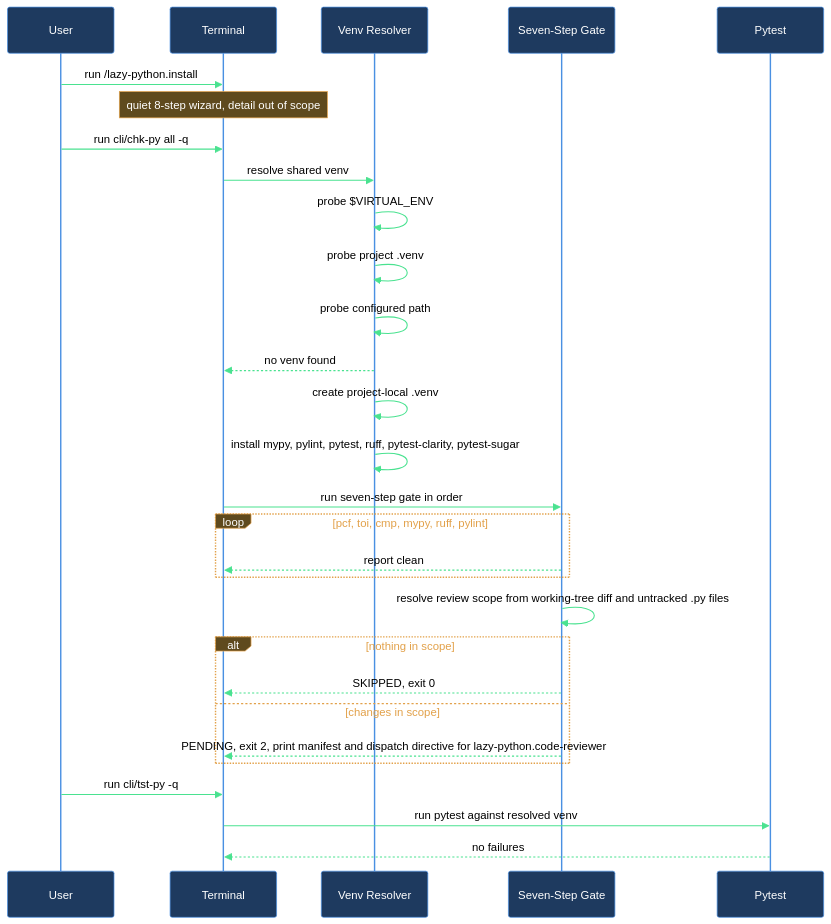
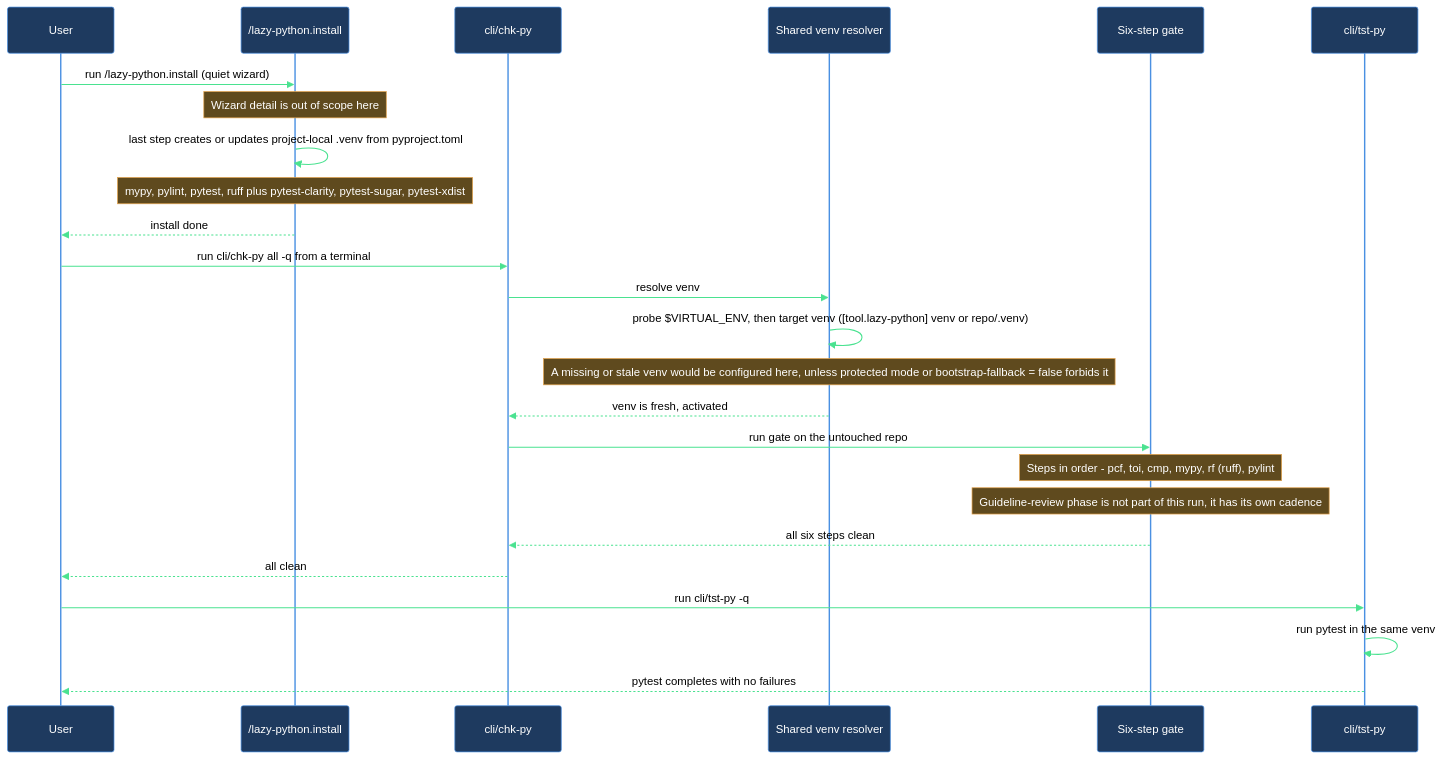
One commit to mebius-san/lazy-cortex changed the diagram in plugins/claude/lazycortex-python/help/walkthroughs/install-and-first-check.md. Above: the diagram before and after it, drawn with Mermaid. The commit also changed other lines of this file and 387 other files, not shown here.

Commit message:
release: lazycortex-core 12.1.0, lazycortex-diagram 2.1.2, lazycortex-experts 3.0.0, lazycortex-observe 2.2.8, lazycortex-obsidian 7.0.3, lazycortex-python 5.0.0, lazycortex-review 6.17.0, lazycortex-specs 16.0.0, lazycortex-wiki 5.0.0

````diff
--- a/plugins/claude/lazycortex-python/help/walkthroughs/install-and-first-check.md
+++ b/plugins/claude/lazycortex-python/help/walkthroughs/install-and-first-check.md
@@ -85,33 +85,31 @@
 ```mermaid
 %%{init: {'themeVariables':{'background':'transparent','primaryColor':'#1e3a5f','primaryBorderColor':'#4a90e2','primaryTextColor':'#fff','lineColor':'#4ae290','actorBkg':'#1e3a5f','actorBorder':'#4a90e2','actorTextColor':'#fff','actorLineColor':'#4a90e2','signalColor':'#4ae290','signalTextColor':'#000','noteBkgColor':'#5f4a1e','noteBorderColor':'#e2a14a','noteTextColor':'#fff','labelBoxBkgColor':'#5f4a1e','labelBoxBorderColor':'#e2a14a','labelTextColor':'#fff','loopTextColor':'#e2a14a'},'sequence':{'diagramPadding':5,'useMaxWidth':true}}}%%
 sequenceDiagram
   participant user as User
-  participant terminal as Terminal
-  participant venvResolver as Venv Resolver
-  participant gate as Seven-Step Gate
-  participant pytest as Pytest
+  participant installWizard as /lazy-python.install
+  participant chkPy as cli/chk-py
+  participant venvResolver as Shared venv resolver
+  participant gate as Six-step gate
+  participant tstPy as cli/tst-py
 
-  user->>terminal: run /lazy-python.install
-  Note over terminal: quiet 8-step wizard, detail out of scope
-  user->>terminal: run cli/chk-py all -q
-  terminal->>venvResolver: resolve shared venv
-  venvResolver->>venvResolver: probe $VIRTUAL_ENV
-  venvResolver->>venvResolver: probe project .venv
-  venvResolver->>venvResolver: probe configured path
-  venvResolver-->>terminal: no venv found
-  venvResolver->>venvResolver: create project-local .venv
-  venvResolver->>venvResolver: install mypy, pylint, pytest, ruff, pytest-clarity, pytest-sugar
-  terminal->>gate: run seven-step gate in order
-  loop pcf, toi, cmp, mypy, ruff, pylint
-    gate-->>terminal: report clean
-  end
-  gate->>gate: resolve review scope from working-tree diff and untracked .py files
-  alt nothing in scope
-    gate-->>terminal: SKIPPED, exit 0
-  else changes in scope
-    gate-->>terminal: PENDING, exit 2, print manifest and dispatch directive for lazy-python.code-reviewer
-  end
-  user->>terminal: run cli/tst-py -q
-  terminal->>pytest: run pytest against resolved venv
-  pytest-->>terminal: no failures
+  user->>installWizard: run /lazy-python.install (quiet wizard)
+  Note over installWizard: Wizard detail is out of scope here
+  installWizard->>installWizard: last step creates or updates project-local .venv from pyproject.toml
+  Note over installWizard: mypy, pylint, pytest, ruff plus pytest-clarity, pytest-sugar, pytest-xdist
+  installWizard-->>user: install done
+
+  user->>chkPy: run cli/chk-py all -q from a terminal
+  chkPy->>venvResolver: resolve venv
+  venvResolver->>venvResolver: probe $VIRTUAL_ENV, then target venv ([tool.lazy-python] venv or repo/.venv)
+  Note over venvResolver: A missing or stale venv would be configured here, unless protected mode or bootstrap-fallback = false forbids it
+  venvResolver-->>chkPy: venv is fresh, activated
+  chkPy->>gate: run gate on the untouched repo
+  Note over gate: Steps in order - pcf, toi, cmp, mypy, rf (ruff), pylint
+  Note over gate: Guideline-review phase is not part of this run, it has its own cadence
+  gate-->>chkPy: all six steps clean
+  chkPy-->>user: all clean
+
+  user->>tstPy: run cli/tst-py -q
+  tstPy->>tstPy: run pytest in the same venv
+  tstPy-->>user: pytest completes with no failures
 ```
````
